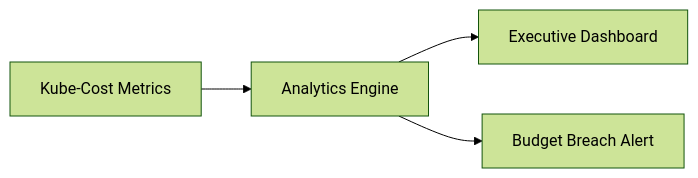
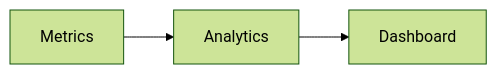
One commit to Devopstrio/hybrid-kubernetes-pattern changed the tenth of 30 diagrams in README.md. Above: the diagram before and after it, drawn with Mermaid (forest theme). The commit also changed other lines of this file, not shown here.

Commit message:
docs: expand README with 30+ architectural diagrams

````diff
--- a/README.md
+++ b/README.md
@@ -207,6 +114,5 @@
 ```mermaid
 graph LR
-    Metrics[Kube-Cost Metrics] --> Agg[Analytics Engine]
-    Agg --> Report[Executive Dashboard]
-    Agg --> Alert[Budget Breach Alert]
+    M[Metrics] --> A[Analytics]
+    A --> D[Dashboard]
 ```
````
